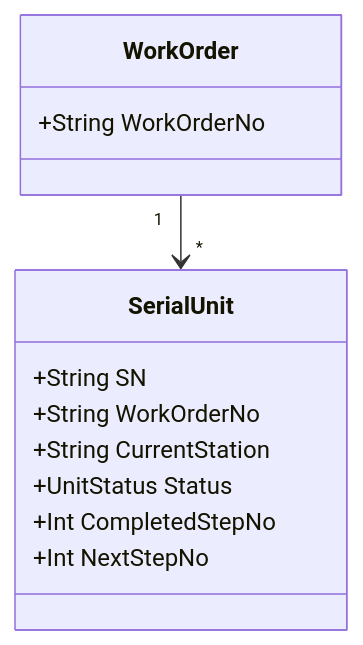
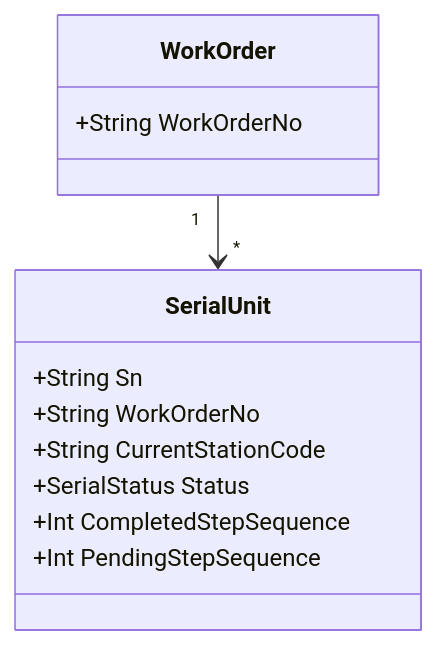
Before and after one commit to JacobLiou/MES-Thinking: the diagram in doc/MES业务系统学习/04_WhatIsHappening_现在正在发生什么/04.1_WIP业务模型.md, drawn with Mermaid. The commit also changed other lines of this file and 34 other files, not shown here.

````diff
--- a/doc/MES业务系统学习/04_WhatIsHappening_现在正在发生什么/04.1_WIP业务模型.md
+++ b/doc/MES业务系统学习/04_WhatIsHappening_现在正在发生什么/04.1_WIP业务模型.md
@@ -13,15 +13,15 @@
 ```mermaid
 classDiagram
     class SerialUnit {
-        +String SN
+        +String Sn
         +String WorkOrderNo
-        +String CurrentStation
-        +UnitStatus Status
-        +Int CompletedStepNo
-        +Int NextStepNo
+        +String CurrentStationCode
+        +SerialStatus Status
+        +Int CompletedStepSequence
+        +Int PendingStepSequence
     }
     class WorkOrder {
         +String WorkOrderNo
     }
     WorkOrder "1" --> "*" SerialUnit
 ```
````
